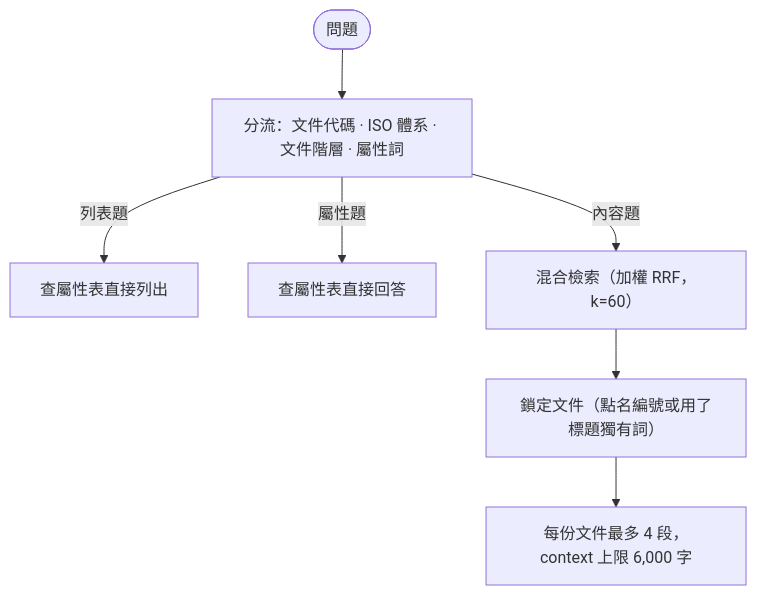
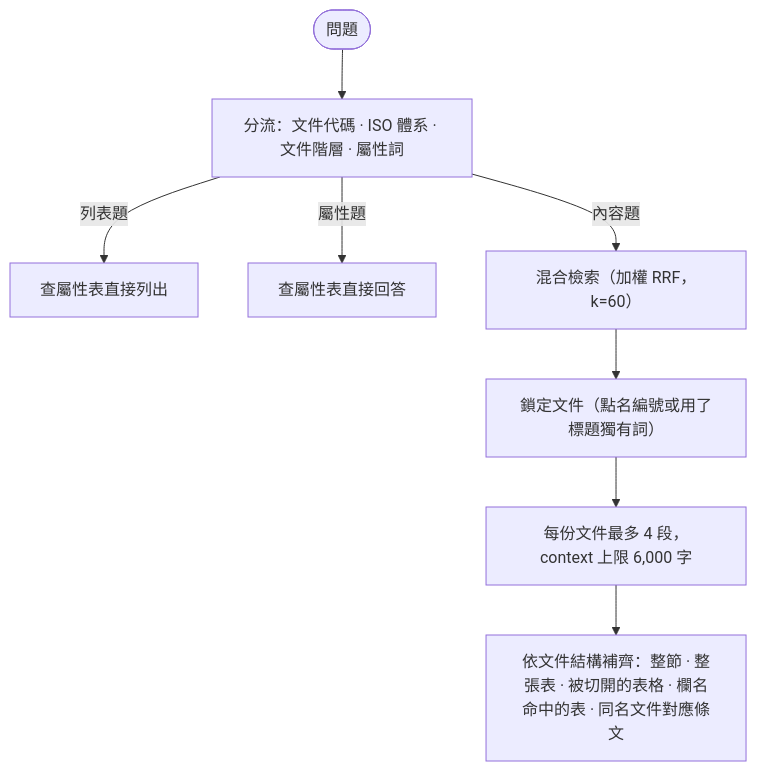
Before and after one commit to LiN3simver/ISO-RAG: the third of 4 diagrams in README.md, drawn with Mermaid. The commit also changed other lines of this file and 12 other files, not shown here.

````diff
--- a/README.md
+++ b/README.md
@@ -85,9 +90,10 @@
 ```mermaid
 flowchart TD
   Q(["問題"]) --> R["分流：文件代碼 · ISO 體系 · 文件階層 · 屬性詞"]
   R -->|列表題| LIST["查屬性表直接列出"]
   R -->|屬性題| ATTR["查屬性表直接回答"]
   R -->|內容題| S["混合檢索（加權 RRF，k=60）"]
   S --> LOCK["鎖定文件（點名編號或用了標題獨有詞）"]
   LOCK --> CTX["每份文件最多 4 段，context 上限 6,000 字"]
+  CTX --> FILL["依文件結構補齊：整節 · 整張表 · 被切開的表格 · 欄名命中的表 · 同名文件對應條文"]
 ```
````
